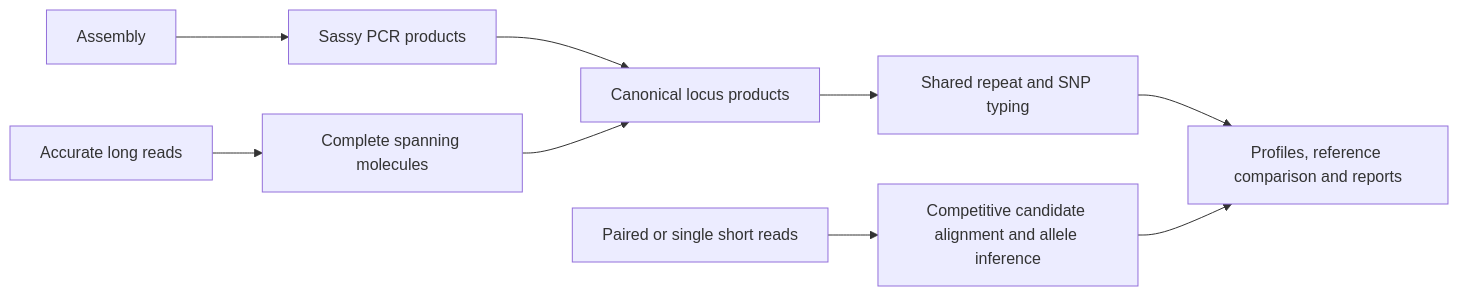
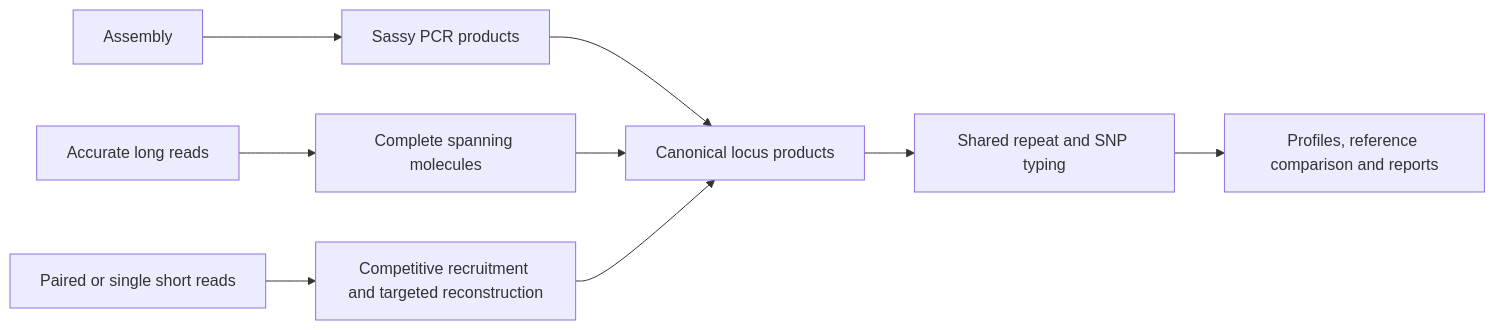
Before and after one commit to microbemarsh/mlvamaps: the diagram in README.md, drawn with Mermaid. The commit also changed other lines of this file and 36 other files, not shown here.

````diff
--- a/README.md
+++ b/README.md
@@ -13,11 +13,11 @@
 ```mermaid
 flowchart LR
   A[Assembly] --> P[Sassy PCR products]
   L[Accurate long reads] --> M[Complete spanning molecules]
-  S[Paired or single short reads] --> E[Competitive candidate alignment and allele inference]
+  S[Paired or single short reads] --> E[Competitive recruitment and targeted reconstruction]
   P --> C[Canonical locus products]
   M --> C
   C --> G[Shared repeat and SNP typing]
   G --> O[Profiles, reference comparison and reports]
-  E --> O
+  E --> C
 ```
````
